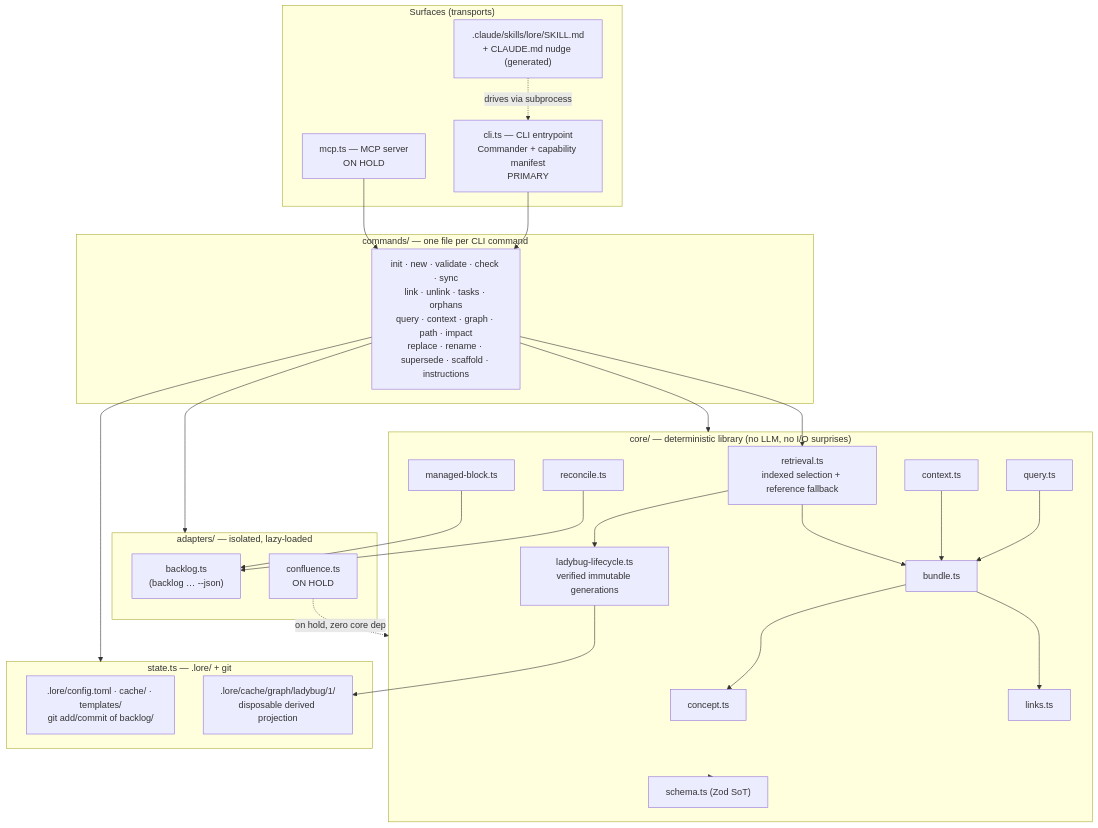
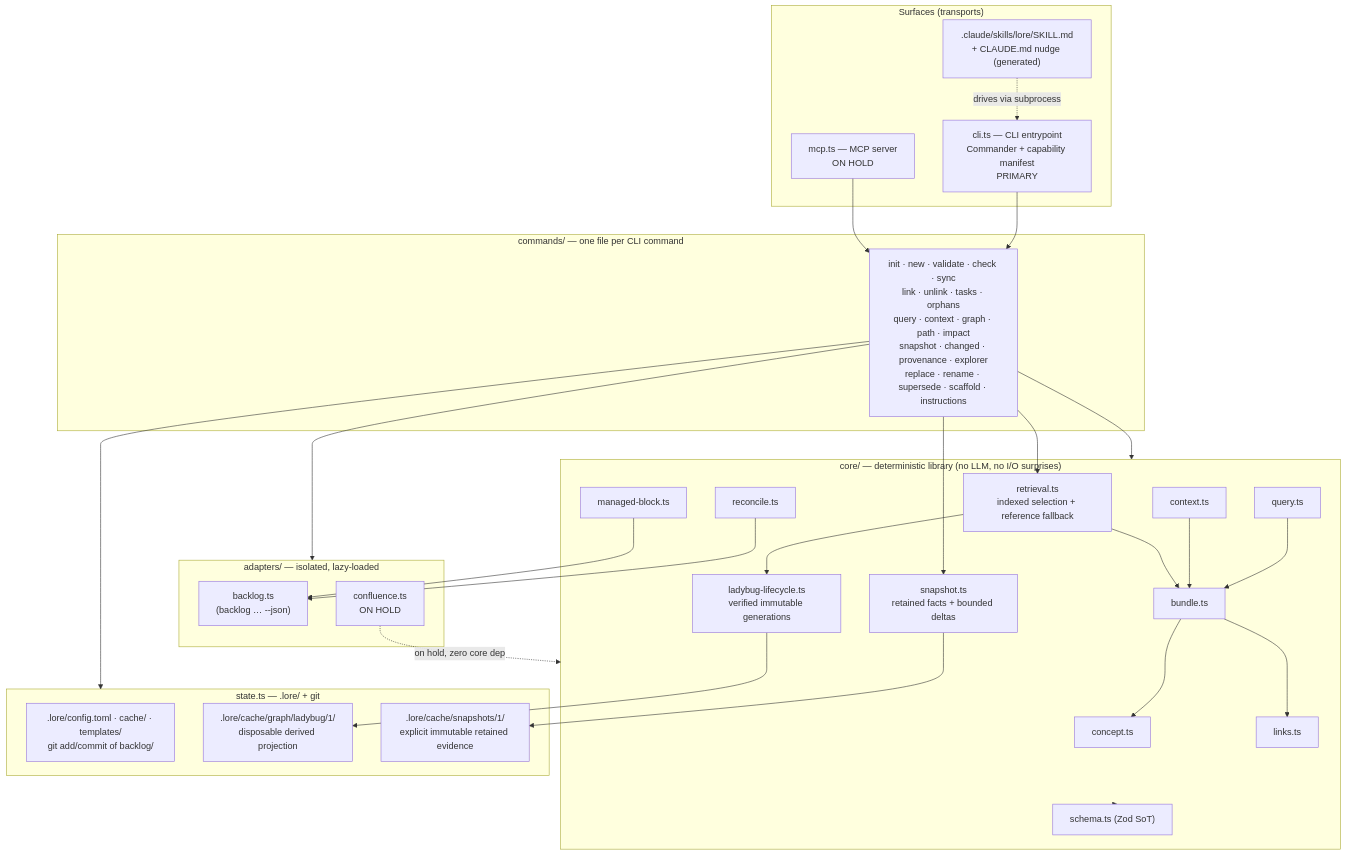
One commit to opum-ai/lore-cli changed the diagram in docs/reference/architecture.md. Above: the diagram before and after it, drawn with Mermaid. The commit also changed other lines of this file and 31 other files, not shown here.

Commit message:
feat: add snapshot change and provenance workflows

````diff
--- a/docs/reference/architecture.md
+++ b/docs/reference/architecture.md
@@ -31,54 +31,58 @@
 ```mermaid
 flowchart TD
     subgraph Surfaces["Surfaces (transports)"]
         CLI["cli.ts — CLI entrypoint<br/>Commander + capability manifest<br/>PRIMARY"]
         MCP["mcp.ts — MCP server<br/>ON HOLD"]
         SKILL[".claude/skills/lore/SKILL.md<br/>+ CLAUDE.md nudge (generated)"]
     end
 
     subgraph Commands["commands/ — one file per CLI command"]
-        CMD["init · new · validate · check · sync<br/>link · unlink · tasks · orphans<br/>query · context · graph · path · impact<br/>replace · rename · supersede · scaffold · instructions"]
+        CMD["init · new · validate · check · sync<br/>link · unlink · tasks · orphans<br/>query · context · graph · path · impact<br/>snapshot · changed · provenance · explorer<br/>replace · rename · supersede · scaffold · instructions"]
     end
 
     subgraph Core["core/ — deterministic library (no LLM, no I/O surprises)"]
         CONCEPT["concept.ts"]
         BUNDLE["bundle.ts"]
         MANAGED["managed-block.ts"]
         RECONCILE["reconcile.ts"]
         LINKS["links.ts"]
         QUERY["query.ts"]
         CONTEXT["context.ts"]
         RETRIEVAL["retrieval.ts<br/>indexed selection + reference fallback"]
         LIFECYCLE["ladybug-lifecycle.ts<br/>verified immutable generations"]
+        SNAPSHOTS["snapshot.ts<br/>retained facts + bounded deltas"]
         SCHEMA["schema.ts (Zod SoT)"]
     end
 
     subgraph State["state.ts — .lore/ + git"]
         STATEIO[".lore/config.toml · cache/ · templates/<br/>git add/commit of backlog/"]
         LADYBUG[".lore/cache/graph/ladybug/1/<br/>disposable derived projection"]
+        HISTORY[".lore/cache/snapshots/1/<br/>explicit immutable retained evidence"]
     end
 
     subgraph Adapters["adapters/ — isolated, lazy-loaded"]
         BACKLOG["backlog.ts<br/>(backlog … --json)"]
         CONFLUENCE["confluence.ts<br/>ON HOLD"]
     end
 
     CLI --> CMD
     MCP --> CMD
     SKILL -. "drives via subprocess" .-> CLI
     CMD --> Core
     CMD --> State
     Core --> SCHEMA
     BUNDLE --> CONCEPT
     BUNDLE --> LINKS
     QUERY --> BUNDLE
     CONTEXT --> BUNDLE
     CMD --> RETRIEVAL
     RETRIEVAL --> LIFECYCLE
     RETRIEVAL --> BUNDLE
     LIFECYCLE --> LADYBUG
+    CMD --> SNAPSHOTS
+    SNAPSHOTS --> HISTORY
     RECONCILE --> BACKLOG
     MANAGED --> BACKLOG
     CMD --> Adapters
     CONFLUENCE -. "on hold, zero core dep" .-> Core
 ```
````
